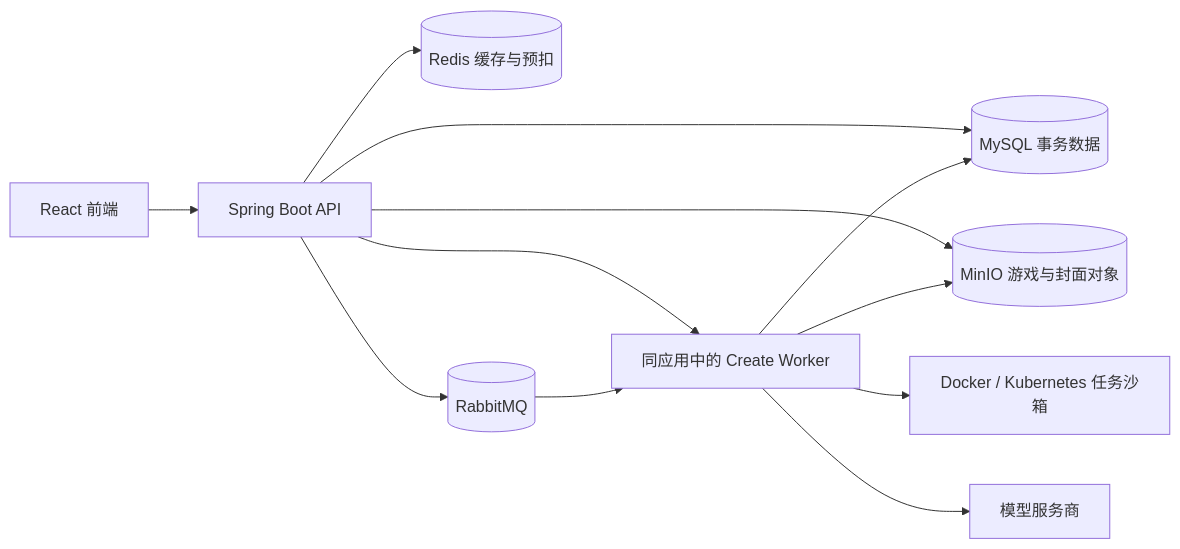
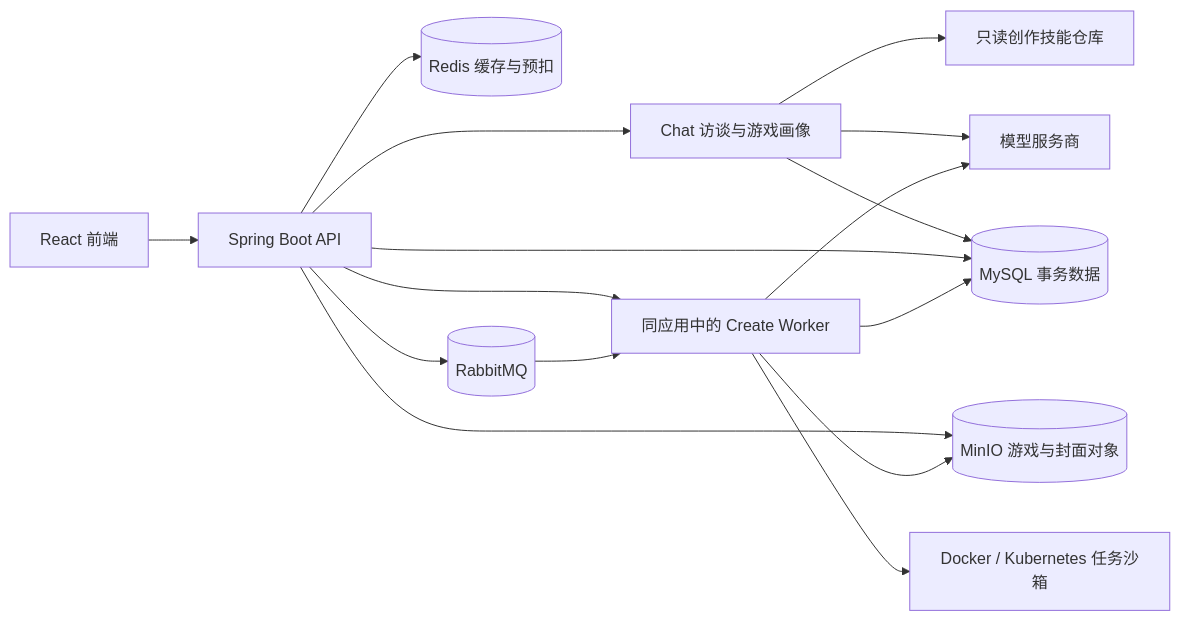
One commit to 1030337360-lab/GameWeare_AI_native changed the diagram in docs/architecture.md. Above: the diagram before and after it, drawn with Mermaid. The commit also changed other lines of this file and 33 other files, not shown here.

````diff
--- a/docs/architecture.md
+++ b/docs/architecture.md
@@ -9,14 +9,18 @@
 ```mermaid
 flowchart LR
     Browser[React 前端] --> API[Spring Boot API]
+    API --> Chat[Chat 访谈与游戏画像]
+    Chat --> Skills[只读创作技能仓库]
+    Chat --> Provider[模型服务商]
+    Chat --> MySQL
     API --> MySQL[(MySQL 事务数据)]
     API --> Redis[(Redis 缓存与预扣)]
     API --> MinIO[(MinIO 游戏与封面对象)]
     API --> MQ[(RabbitMQ)]
     API --> Worker[同应用中的 Create Worker]
     MQ --> Worker
     Worker --> Sandbox[Docker / Kubernetes 任务沙箱]
     Worker --> Provider[模型服务商]
     Worker --> MySQL
     Worker --> MinIO
 ```
````
